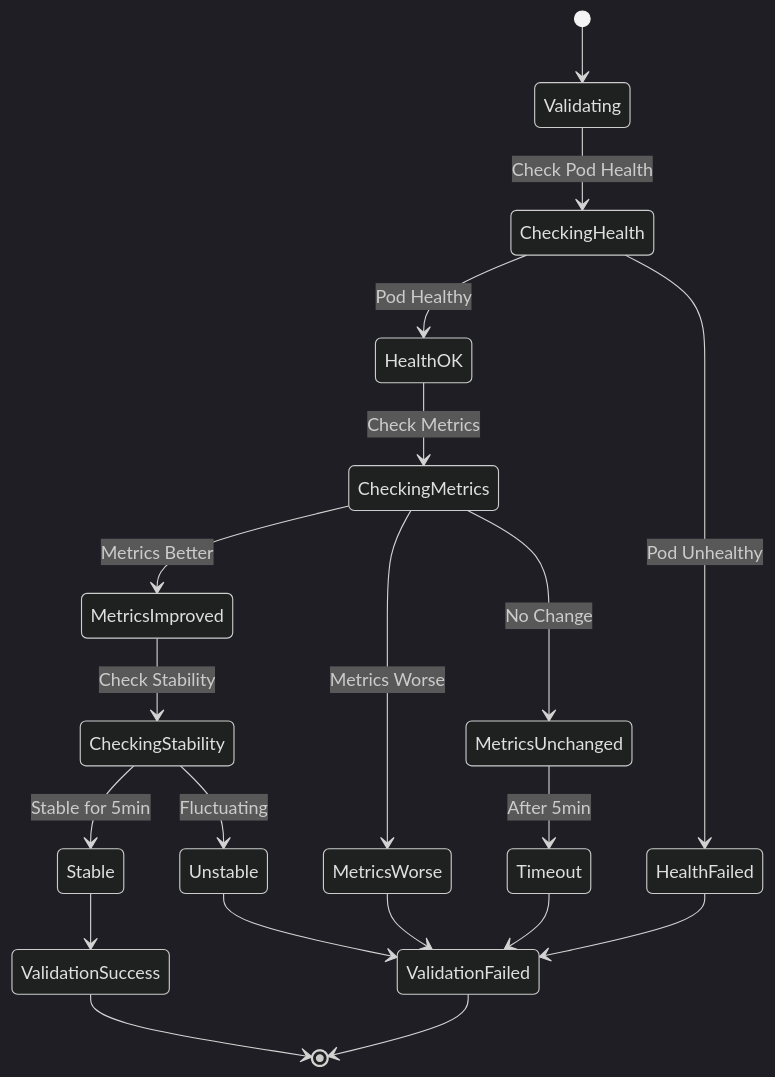
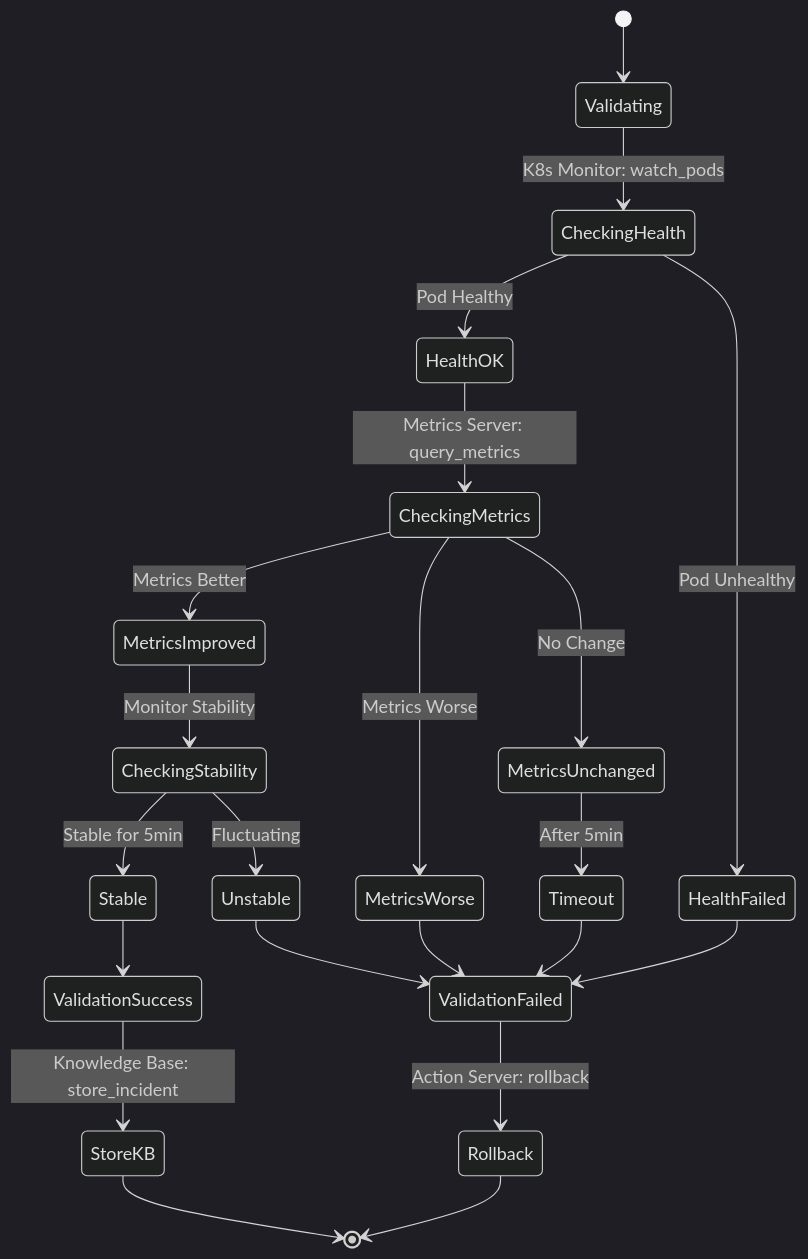
Diagram 16 of 24 in WORKFLOW.md (ravindra-lakal/KubeSage), drawn with Mermaid (dark theme) before and after one commit. The commit also changed other lines of this file and 7 other files, not shown here.

````diff
--- a/WORKFLOW.md
+++ b/WORKFLOW.md
@@ -490,28 +613,30 @@
 ```mermaid
 stateDiagram-v2
     [*] --> Validating
     
-    Validating --> CheckingHealth: Check Pod Health
+    Validating --> CheckingHealth: K8s Monitor: watch_pods
     CheckingHealth --> HealthOK: Pod Healthy
     CheckingHealth --> HealthFailed: Pod Unhealthy
     
-    HealthOK --> CheckingMetrics: Check Metrics
+    HealthOK --> CheckingMetrics: Metrics Server: query_metrics
     CheckingMetrics --> MetricsImproved: Metrics Better
     CheckingMetrics --> MetricsWorse: Metrics Worse
     CheckingMetrics --> MetricsUnchanged: No Change
     
-    MetricsImproved --> CheckingStability: Check Stability
+    MetricsImproved --> CheckingStability: Monitor Stability
     CheckingStability --> Stable: Stable for 5min
     CheckingStability --> Unstable: Fluctuating
     
     Stable --> ValidationSuccess
-    ValidationSuccess --> [*]
+    ValidationSuccess --> StoreKB: Knowledge Base: store_incident
+    StoreKB --> [*]
     
     HealthFailed --> ValidationFailed
     MetricsWorse --> ValidationFailed
     Unstable --> ValidationFailed
     MetricsUnchanged --> Timeout: After 5min
     Timeout --> ValidationFailed
     
-    ValidationFailed --> [*]
+    ValidationFailed --> Rollback: Action Server: rollback
+    Rollback --> [*]
 ```
````
